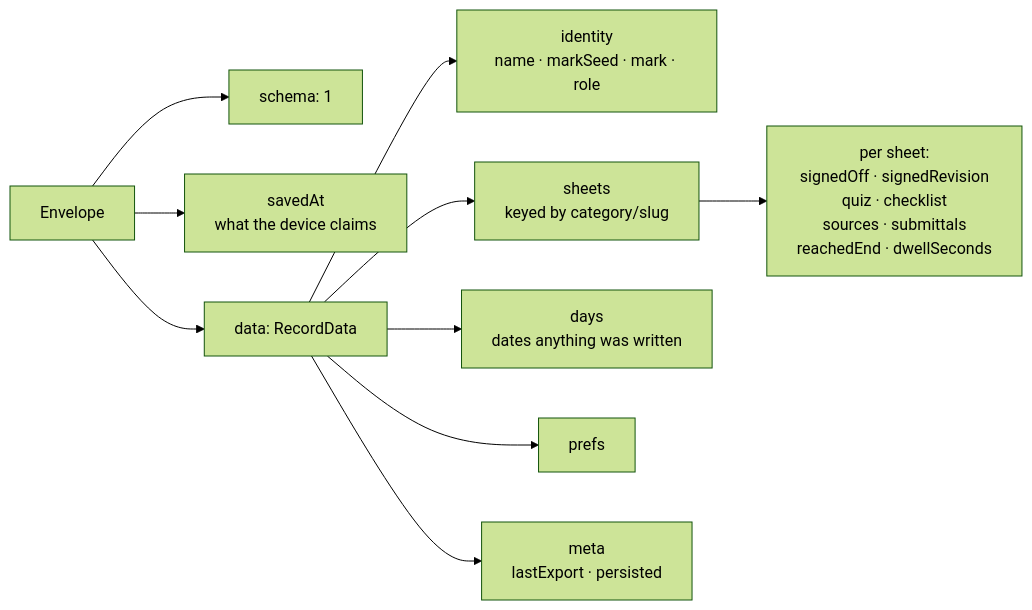
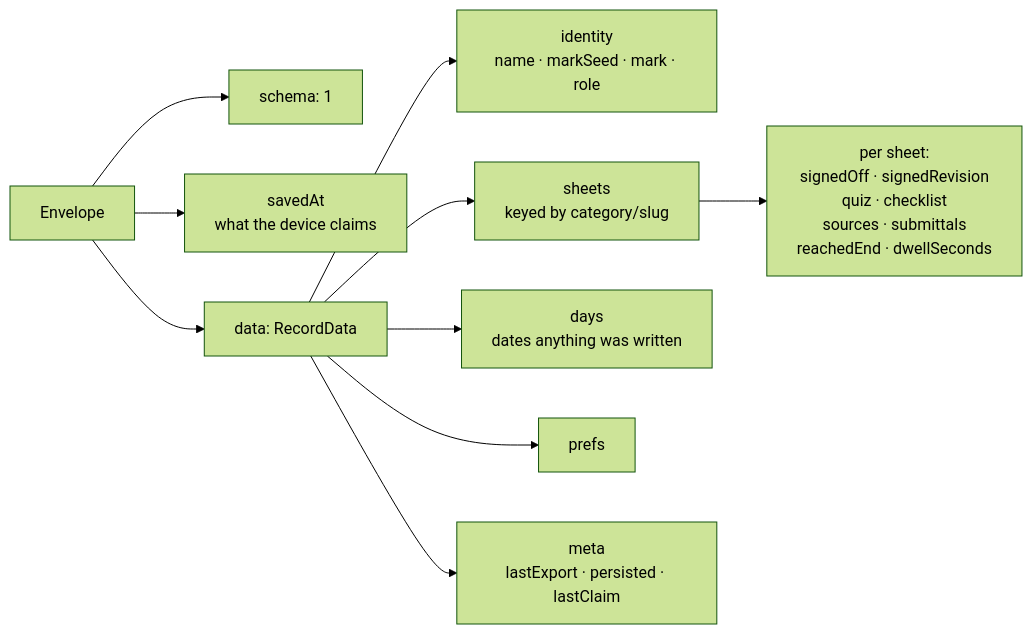
One commit to lokumai/ai-engineering-bazaar changed the second of 12 diagrams in docs/data-flow.md. Above: the diagram before and after it, drawn with Mermaid (forest theme). The commit also changed other lines of this file and 30 other files, not shown here.

````diff
--- a/docs/data-flow.md
+++ b/docs/data-flow.md
@@ -64,14 +64,14 @@
 ```mermaid
 flowchart LR
     ENV["Envelope"] --> S["schema: 1"]
     ENV --> SA["savedAt<br/>what the device claims"]
     ENV --> D["data: RecordData"]
 
     D --> ID["identity<br/>name · markSeed · mark · role"]
     D --> SH["sheets<br/>keyed by category/slug"]
     D --> DY["days<br/>dates anything was written"]
     D --> PF["prefs"]
-    D --> MT["meta<br/>lastExport · persisted"]
+    D --> MT["meta<br/>lastExport · persisted · lastClaim"]
 
     SH --> SR["per sheet:<br/>signedOff · signedRevision<br/>quiz · checklist<br/>sources · submittals<br/>reachedEnd · dwellSeconds"]
 ```
````
